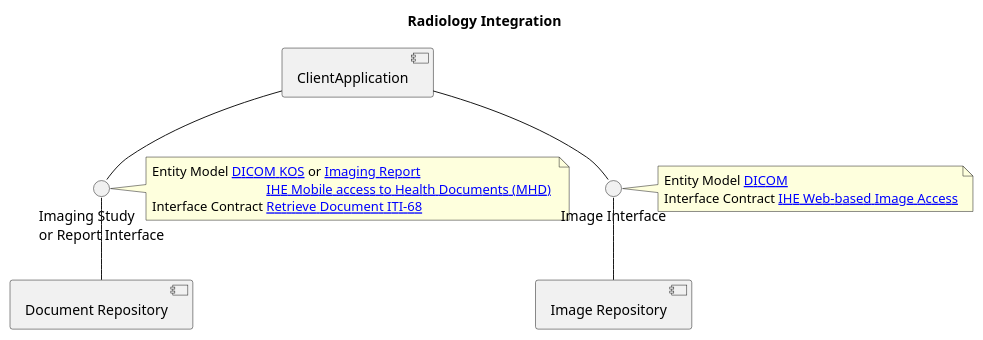
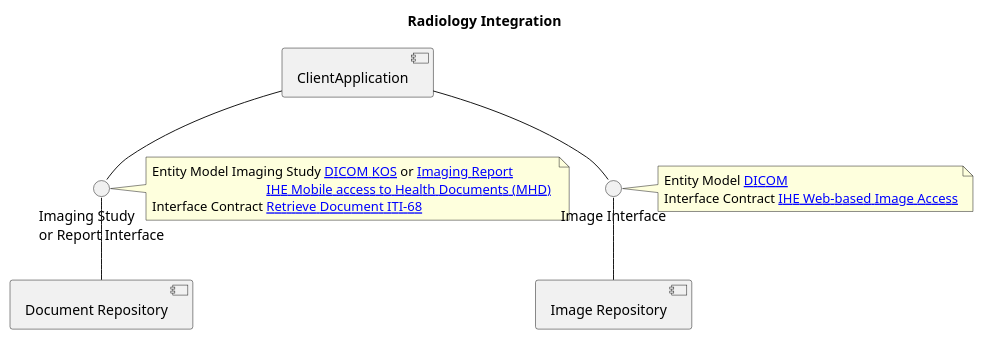
Before and after one commit to NHSDigital/national-imaging-repository-specification: the diagram in input/images-source/component-entity-imagingstudy.plantuml, drawn with PlantUML.

Commit message:
Royal College of Radiologists mapping

```diff
--- a/input/images-source/component-entity-imagingstudy.plantuml
+++ b/input/images-source/component-entity-imagingstudy.plantuml
@@ -1,32 +1,32 @@
 @startuml
 
 skinparam svgDimensionStyle false
 
 title Radiology Integration
 
 
 component ClientApplication
 
   component "Image Repository" as PACSRepository
    component "Document Repository" as DocumentRepository
 
 
 interface "Imaging Study \nor Report Interface" as ImagingStudyInterface
 note right
-Entity Model [[https://www.dicomstandard.org/News-dir/ftsup/docs/sups/sup59.pdf DICOM KOS]] or [[StructureDefinition-RadiologyDiagnosticReport.html Imaging Report]]
+Entity Model Imaging Study [[https://www.dicomstandard.org/News-dir/ftsup/docs/sups/sup59.pdf DICOM KOS]] or [[StructureDefinition-RadiologyDiagnosticReport.html Imaging Report]]
 Interface Contract [[https://profiles.ihe.net/ITI/MHD/ITI-68.html IHE Mobile access to Health Documents (MHD) \nRetrieve Document ITI-68]]
 end note
 
 interface "Image Interface" as ImageInterface
 note right
 Entity Model [[https://www.dicomstandard.org DICOM]]
 Interface Contract [[https://wiki.ihe.net/index.php/Web-based_Image_Access IHE Web-based Image Access]]
 end note
 
 ClientApplication -d- ImagingStudyInterface
 ClientApplication -d- ImageInterface
 
 ImagingStudyInterface -d- DocumentRepository
 ImageInterface -d- PACSRepository
 
 @enduml
```
